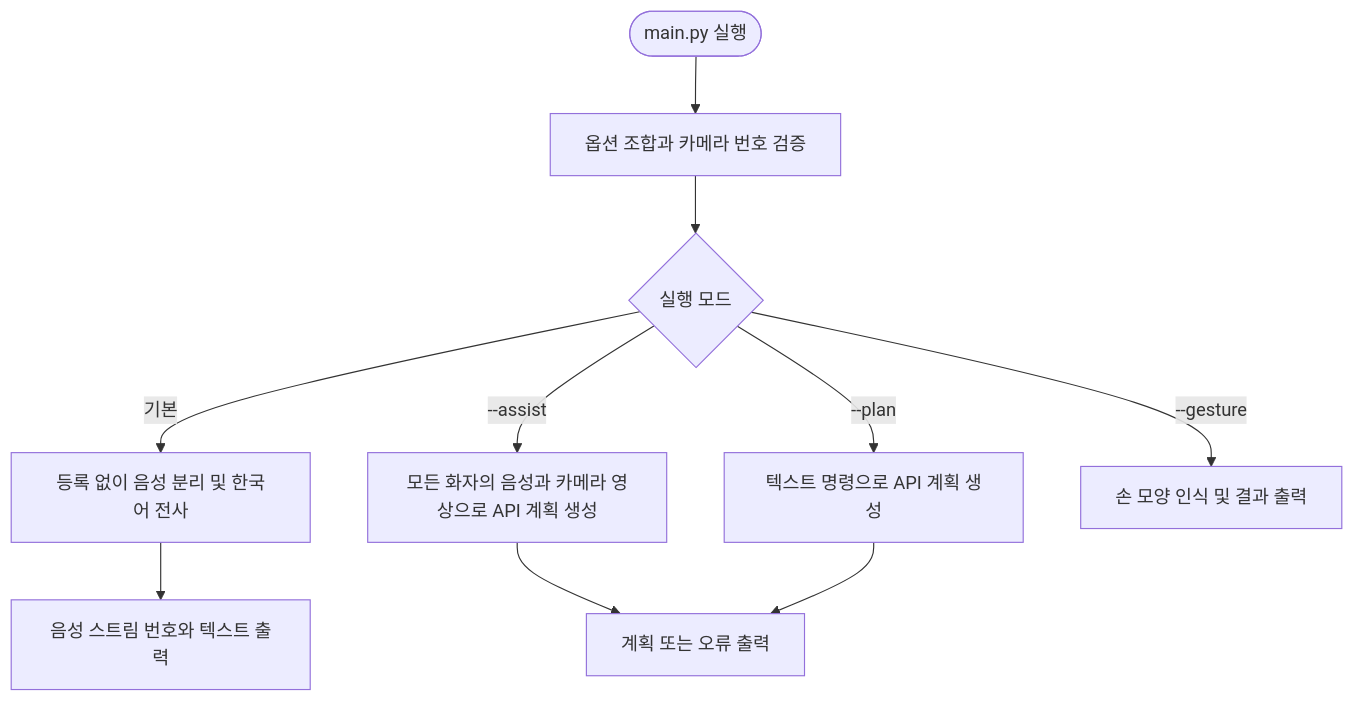
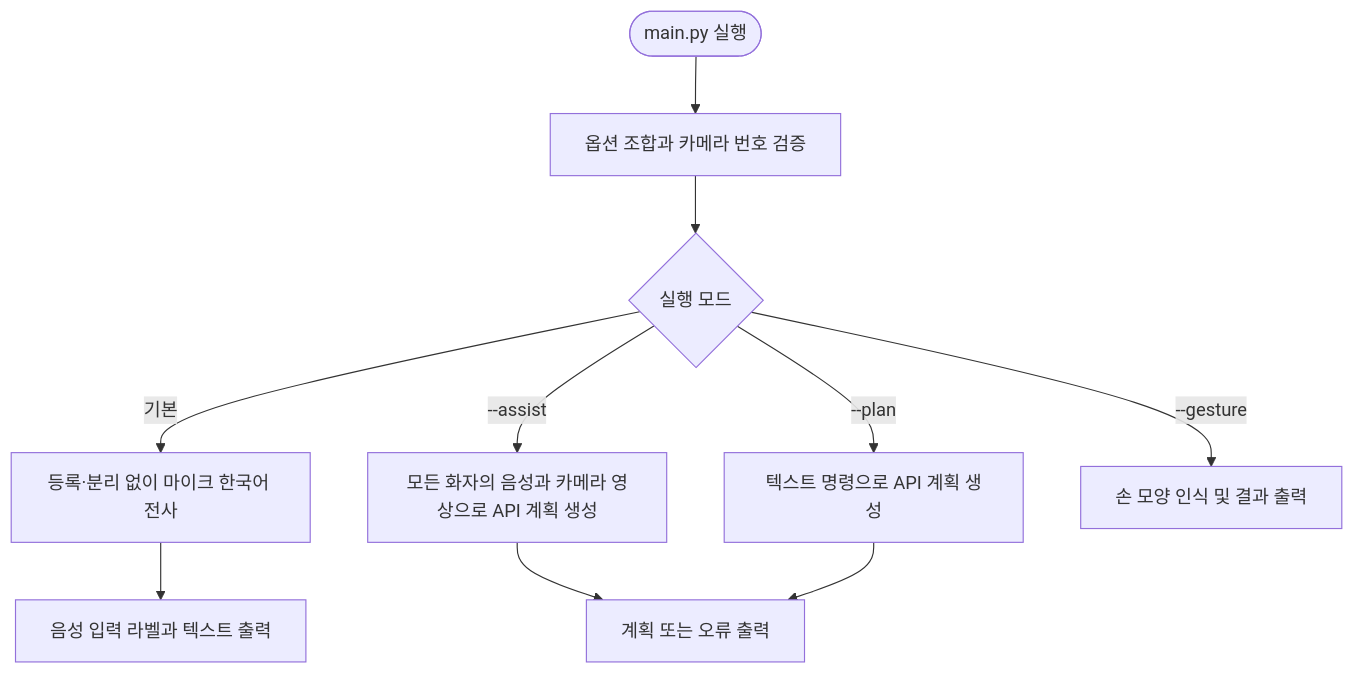
One commit to pyhearts/ROBOTPAL changed the first of 6 diagrams in FLOWCHART.md. Above: the diagram before and after it, drawn with Mermaid. The commit also changed other lines of this file and 35 other files, not shown here.

````diff
--- a/FLOWCHART.md
+++ b/FLOWCHART.md
@@ -7,12 +7,12 @@
 ```mermaid
 flowchart TD
     A([main.py 실행]) --> B[옵션 조합과 카메라 번호 검증]
     B --> C{실행 모드}
-    C -->|기본| D[등록 없이 음성 분리 및 한국어 전사]
-    D --> E[음성 스트림 번호와 텍스트 출력]
+    C -->|기본| D[등록·분리 없이 마이크 한국어 전사]
+    D --> E[음성 입력 라벨과 텍스트 출력]
     C -->|--assist| F[모든 화자의 음성과 카메라 영상으로 API 계획 생성]
     C -->|--plan| G[텍스트 명령으로 API 계획 생성]
     C -->|--gesture| H[손 모양 인식 및 결과 출력]
     F --> I[계획 또는 오류 출력]
     G --> I
 ```
````
